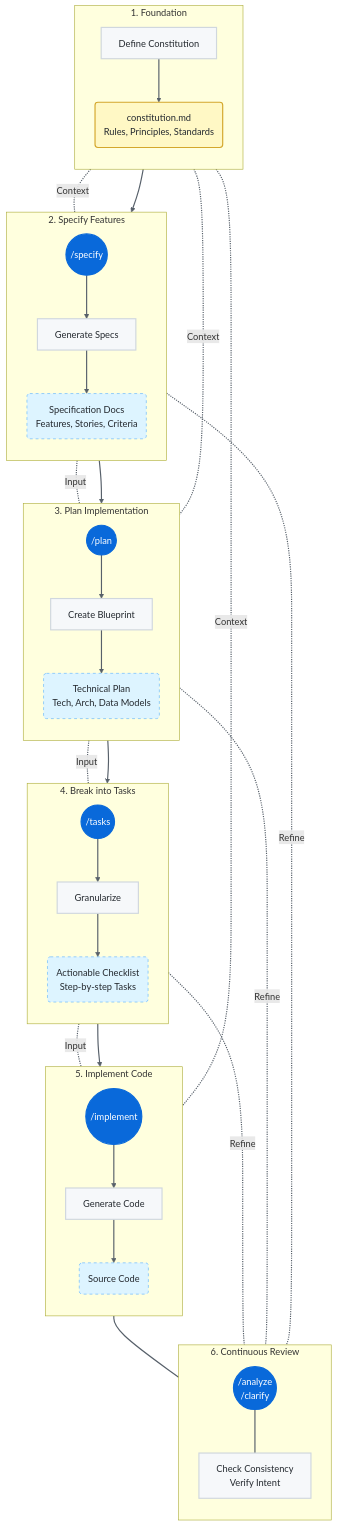
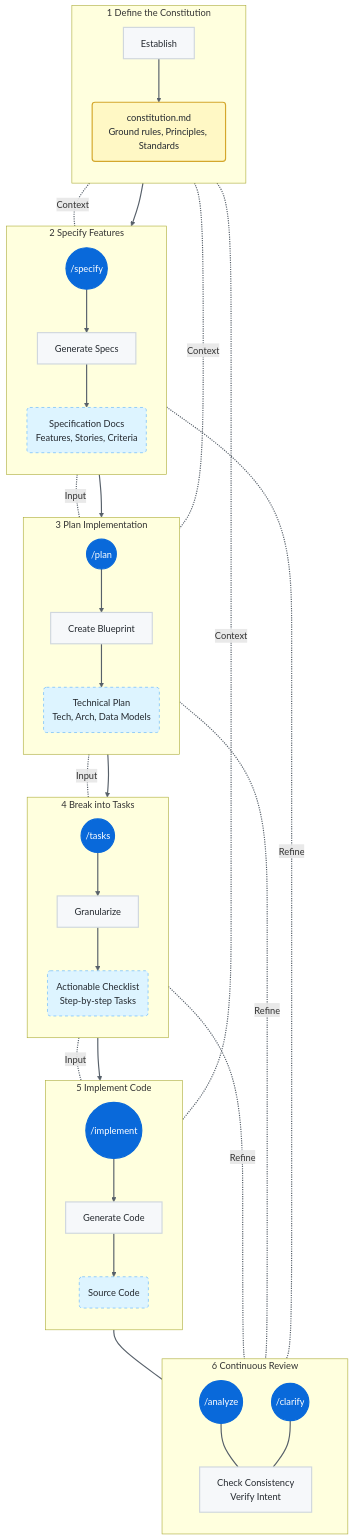
One commit to piky/blog changed the diagram in blog/2025/2025-12-25-spec-driven-development.md. Above: the diagram before and after it, drawn with Mermaid. The commit also changed other lines of this file, not shown here.

Commit message:
Update spec-driven-development blog post with diagram improvements

```diff
--- a/blog/2025/2025-12-25-spec-driven-development.md
+++ b/blog/2025/2025-12-25-spec-driven-development.md
@@ -17,15 +17,15 @@
     %% --- Nodes & Structure ---
 
     %% Stage 1: Constitution
-    subgraph Stage1 [1. Foundation]
+    subgraph Stage1 [1 Define the Constitution]
         direction TB
-        ConstNode[Define Constitution]:::phase
-        ConstFile(constitution.md<br/>Rules, Principles, Standards):::context
+        ConstNode[Establish]:::phase
+        ConstFile(constitution.md<br/>Ground rules, Principles, Standards):::context
         ConstNode --> ConstFile
     end
 
     %% Stage 2: Specify
-    subgraph Stage2 [2. Specify Features]
+    subgraph Stage2 [2 Specify Features]
         direction TB
         CmdSpecify(("/specify")):::action
         SpecNode[Generate Specs]:::phase
@@ -36,7 +36,7 @@
     end
 
     %% Stage 3: Plan
-    subgraph Stage3 [3. Plan Implementation]
+    subgraph Stage3 [3 Plan Implementation]
         direction TB
         CmdPlan(("/plan")):::action
         PlanNode[Create Blueprint]:::phase
@@ -47,7 +47,7 @@
     end
 
     %% Stage 4: Break into Tasks
-    subgraph Stage4 [4. Break into Tasks]
+    subgraph Stage4 [4 Break into Tasks]
         direction TB
         CmdTasks(("/tasks")):::action
         TaskNode[Granularize]:::phase
@@ -58,7 +58,7 @@
     end
 
     %% Stage 5: Implementation
-    subgraph Stage5 [5. Implement Code]
+    subgraph Stage5 [5 Implement Code]
         direction TB
         CmdImpl(("/implement")):::action
         ImplNode[Generate Code]:::phase
@@ -69,11 +69,13 @@
     end
 
     %% Stage 6: Analyze & Clarify (Floating Tool)
-    subgraph Stage6 [6. Continuous Review]
+    subgraph Stage6 [6 Continuous Review]
         direction TB
-        CmdReview(("/analyze<br/>/clarify")):::action
+        CmdAnalyze(("/analyze")):::action
+        CmdClarify(("/clarify")):::action
         ReviewNode[Check Consistency<br/>Verify Intent]:::phase
-        CmdReview --- ReviewNode
+        CmdAnalyze --- ReviewNode
+        CmdClarify --- ReviewNode
     end
 
     %% --- Flow & Dependencies ---
```
